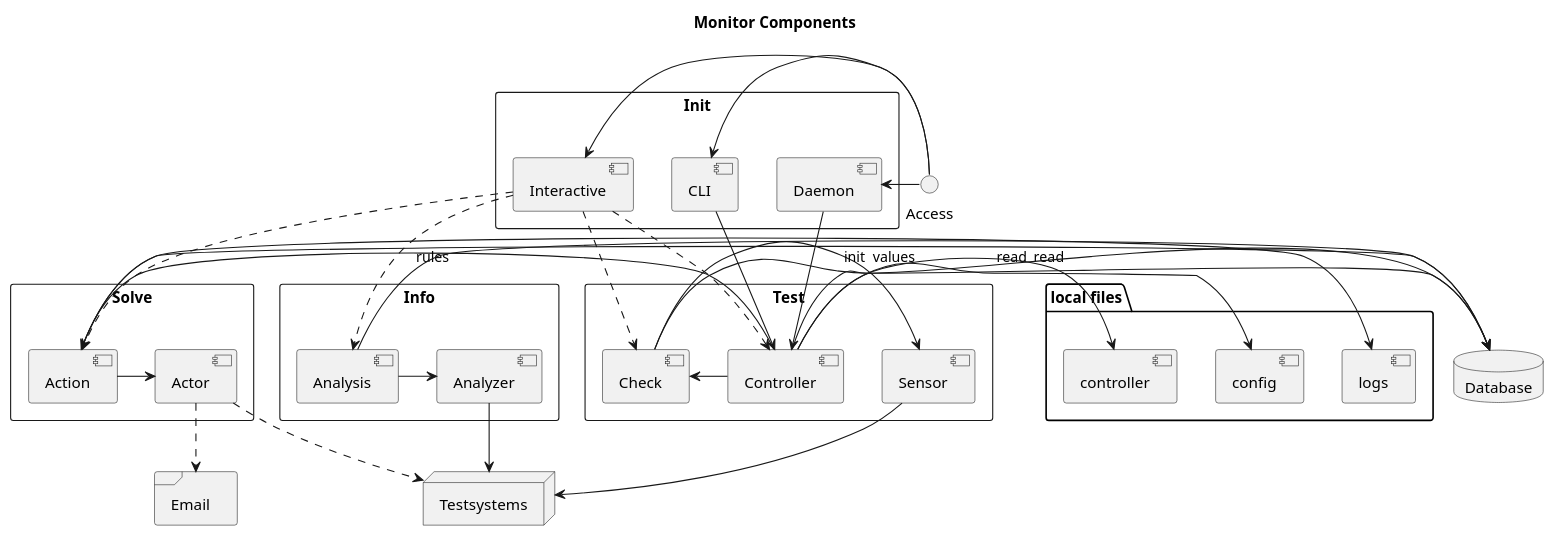
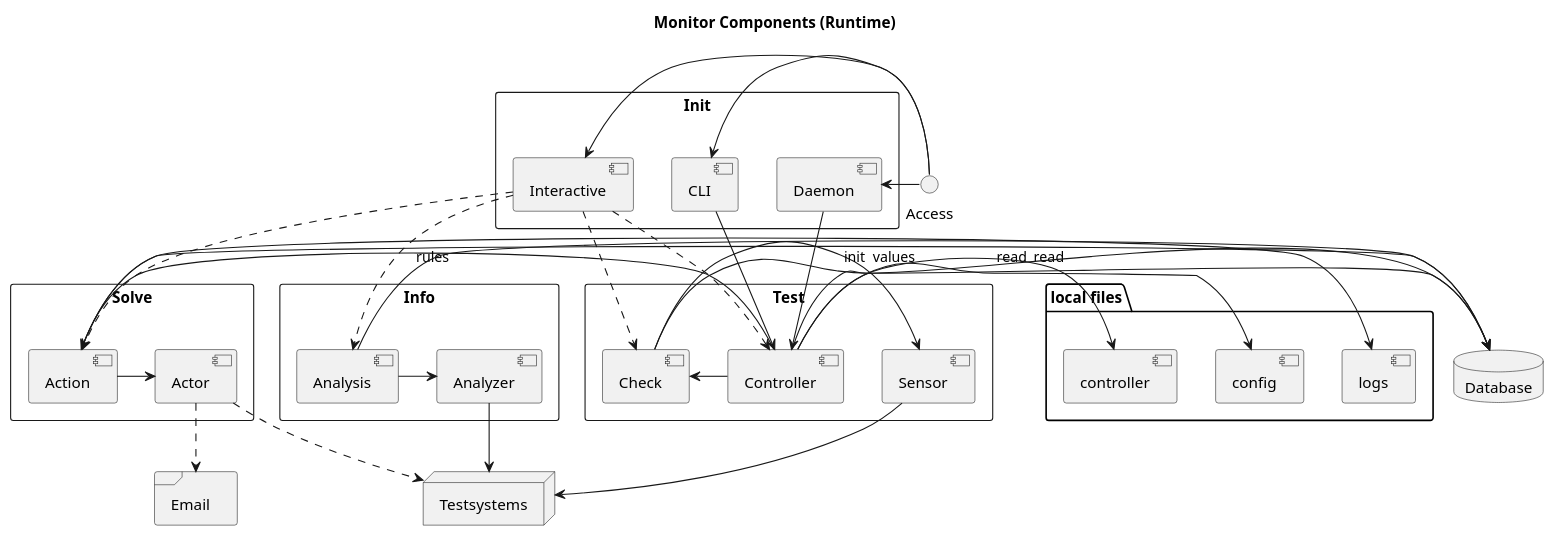
The diagram in src/doc/components.pu (alinex/node-monitor), drawn with PlantUML before and after one commit. The commit also changed 1 other file, not shown here.

Commit message:
Readd components diagram.

```diff
--- a/src/doc/components.pu
+++ b/src/doc/components.pu
@@ -1,54 +1,53 @@
 @startuml
-title Monitor Components
+title Monitor Components (Runtime)
 
 rectangle Init {
   [CLI]
   [Interactive]
   [Daemon]
 }
 rectangle Test {
   [CLI] -> [Controller]
   [Interactive] ..> [Controller]
   [Daemon] -> [Controller]
   [Controller] -> [Check]
   [Interactive] ..> [Check]
   [Check] -> [Sensor]
 }
 rectangle Solve {
   [Controller] -> [Action] : rules
   [Interactive] ..> [Action]
   [Action] -> [Actor]
 }
 rectangle Info {
   [Interactive] ..> [Analysis]
   [Analysis] -> [Analyzer]
 }
-
 
 folder "local files" {
   [config] as files_config
   [controller] as files_controller
   [logs] as files_logs
   [Action] -> [files_logs]
   [Controller] -> files_config : read
   [Controller] -> files_controller : read
 }
 
 interface Access
 Access -> [CLI]
 Access -> [Interactive]
 Access -> [Daemon]
 
 database Database
 [Controller] -> [Database] : init
 [Check] -> [Database] : values
 [Action] -> [Database]
 [Analysis] -> Database
 
 node Testsystems
 [Sensor] -> Testsystems
 [Actor] ..> Testsystems
 [Analyzer] -> Testsystems
 frame Email
 [Actor] ..> Email
 @enduml
```
